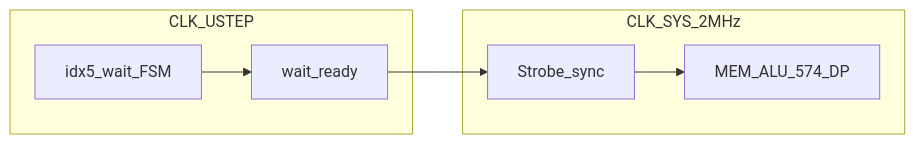
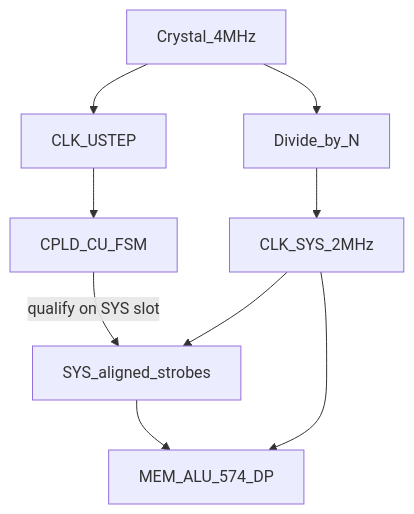
Before and after one commit to Flkalas/plover: the diagram in research/cpld-ustep/architecture.md, drawn with Mermaid. The commit also changed other lines of this file and 7 other files, not shown here.

First line of the commit message:
research(cpld-ustep): related-clock pedagogy and SUMMARY reframe

````diff
--- a/research/cpld-ustep/architecture.md
+++ b/research/cpld-ustep/architecture.md
@@ -31,14 +18,12 @@
 ```mermaid
-flowchart LR
-  subgraph ustepDom [CLK_USTEP]
-    FSM[idx5_wait_FSM]
-    Wait[wait_ready]
-  end
-  subgraph sysDom [CLK_SYS_2MHz]
-    Sync[Strobe_sync]
-    Bus[MEM_ALU_574_DP]
-  end
-  FSM --> Wait
-  Wait --> Sync
-  Sync --> Bus
+flowchart TB
+  OSC[Crystal_4MHz]
+  OSC --> USTEP[CLK_USTEP]
+  OSC --> DIV[Divide_by_N]
+  DIV --> SYS[CLK_SYS_2MHz]
+  USTEP --> FSM[CPLD_CU_FSM]
+  FSM -->|"qualify on SYS slot"| Qual[SYS_aligned_strobes]
+  SYS --> Qual
+  Qual --> Bus[MEM_ALU_574_DP]
+  SYS --> Bus
 ```
````
